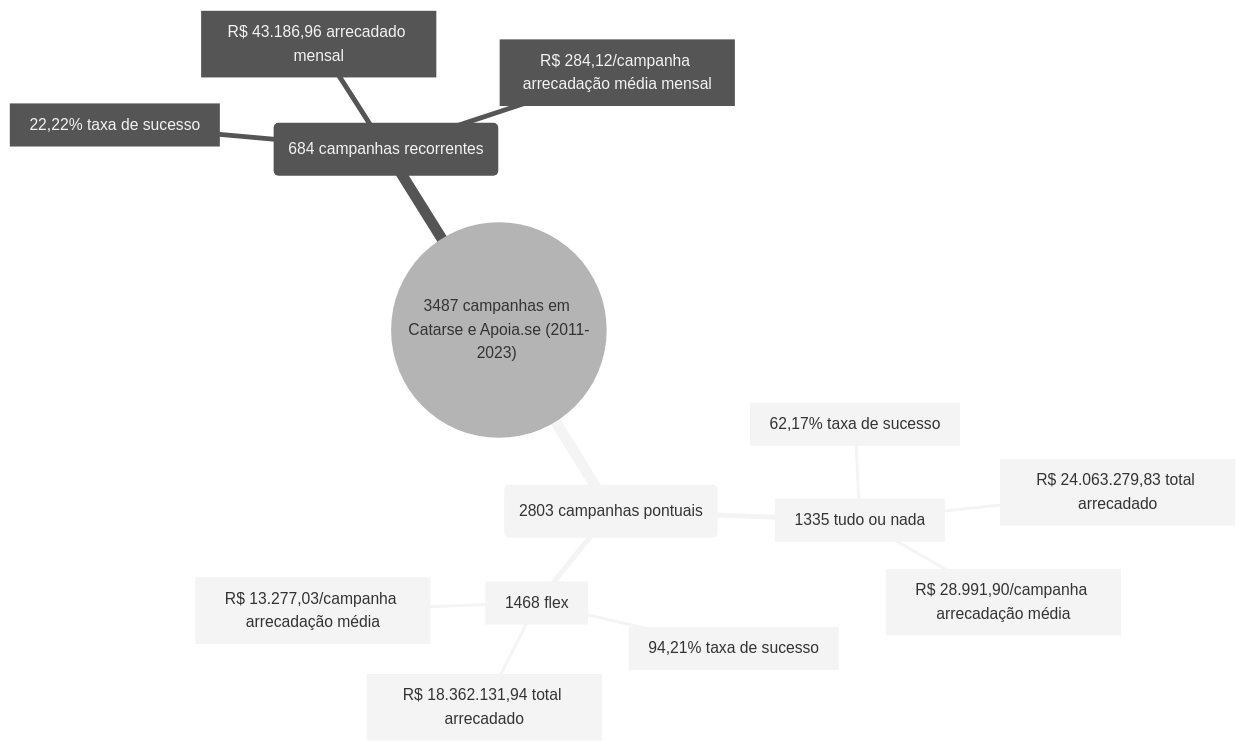
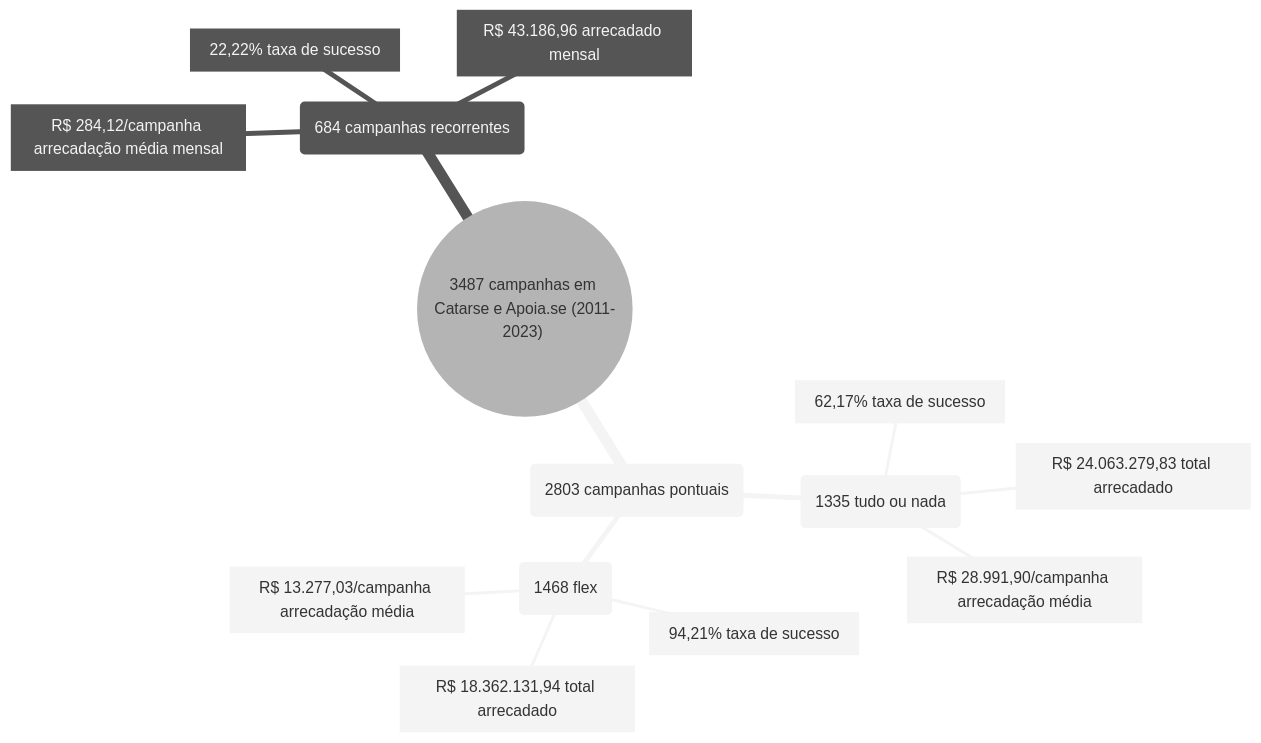
The first of 3 diagrams in analises/2023/README.md (silva-erick/profico-hq), drawn with Mermaid (neutral theme) before and after one commit. The commit also changed other lines of this file, not shown here.

````diff
--- a/analises/2023/README.md
+++ b/analises/2023/README.md
@@ -107,17 +107,17 @@
 ```mermaid
 mindmap
   root(("3487 campanhas em Catarse e Apoia.se (2011-2023) "))
     camp_pontual("2803 campanhas pontuais")
-        camp_pontual_tudo_ou_nada["1335 tudo ou nada"]
+        camp_pontual_tudo_ou_nada("1335 tudo ou nada")
             camp_pontual_tudo_ou_nada_taxa_sucesso["62,17% taxa de sucesso"]
             camp_pontual_tudo_ou_nada_arr["R$ 24.063.279,83 total arrecadado"]
             camp_pontual_tudo_ou_nada_arr_med["R$ 28.991,90/campanha arrecadação média"]
-        camp_pontual_flex["1468 flex"]
+        camp_pontual_flex("1468 flex")
             camp_pontual_flex_taxa_sucesso["94,21% taxa de sucesso"]
             camp_pontual_flex_arr_mensal["R$ 18.362.131,94 total arrecadado"]
             camp_pontual_flex_arr_med_mensal["R$ 13.277,03/campanha arrecadação média"]
     camp_recorrente("684 campanhas recorrentes")
         camp_recorrente_taxa_sucesso["22,22% taxa de sucesso"]
         camp_recorrente_arr_mensal["R$ 43.186,96 arrecadado mensal"]
         camp_recorrente_arr_med_mensal["R$ 284,12/campanha arrecadação média mensal"]
 ```
````
